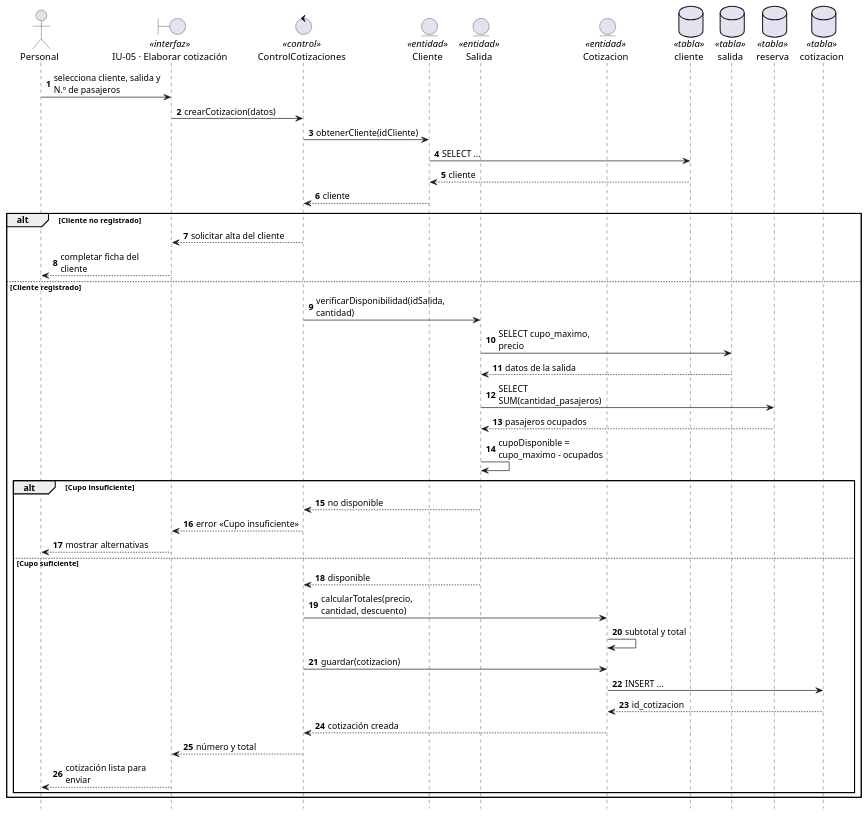
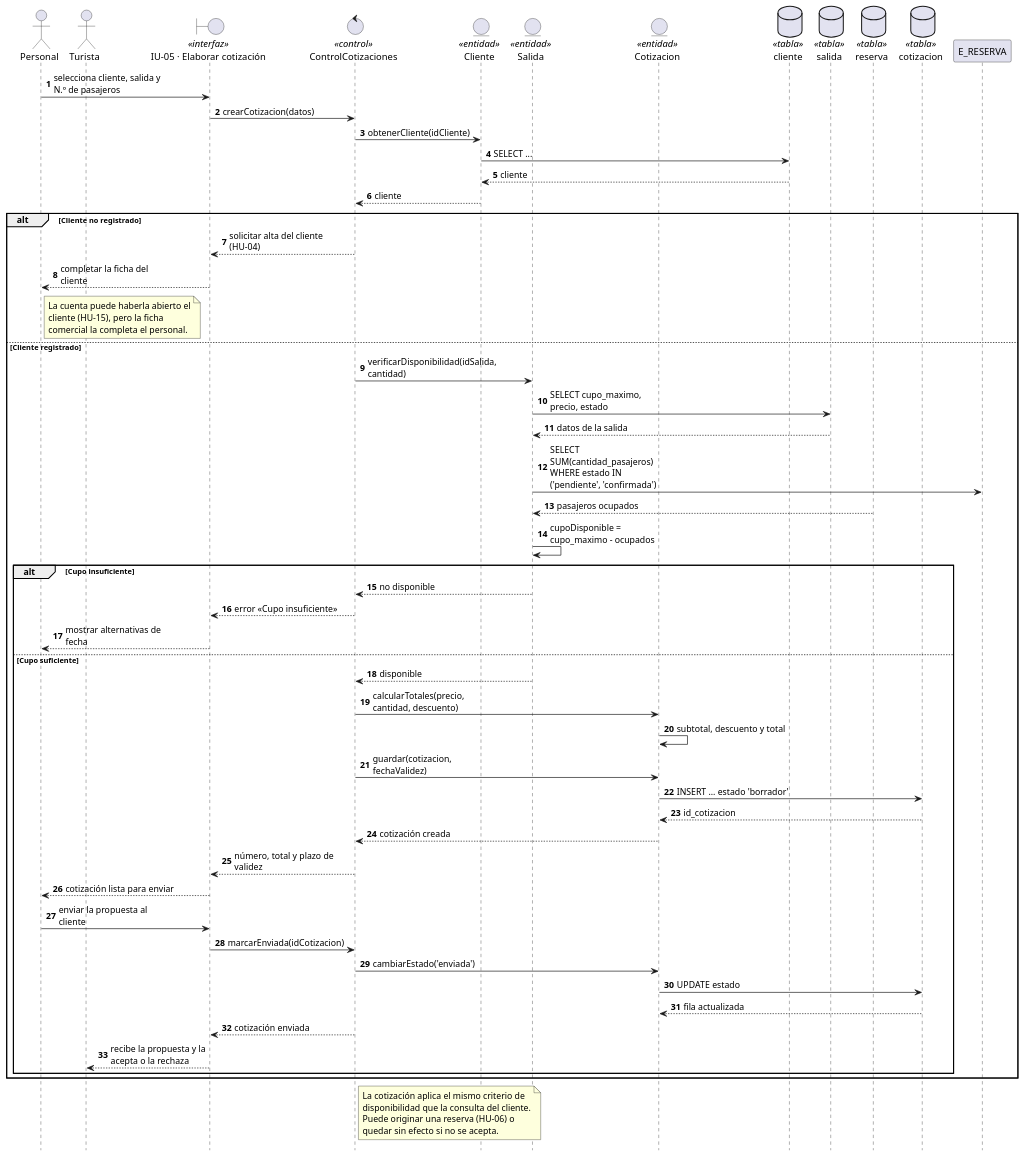
The diagram in diagramas/fuentes/uml/secuencia/hu-05-elaborar-cotizacion.puml (fervflow/sis-inf3-proyecto-formativo), drawn with PlantUML before and after one commit. The commit also changed 32 other files, not shown here.

Commit message:
refactor: diagramas de secuencia, HU orientado a turistas agregado

```diff
--- a/diagramas/fuentes/uml/secuencia/hu-05-elaborar-cotizacion.puml
+++ b/diagramas/fuentes/uml/secuencia/hu-05-elaborar-cotizacion.puml
@@ -1,52 +1,76 @@
 @startuml
 ' HU-05 · Elaboración de cotizaciones
+' La cotización la prepara siempre el personal. Si el cliente necesita una
+' propuesta, esta se emite a su nombre y puede originar la reserva posterior
+' (HU-06).
 hide footbox
 autonumber
-skinparam maxMessageSize 160
+skinparam maxMessageSize 170
 
 actor "Personal" as PER
+actor "Turista" as TUR
 boundary "IU-05 · Elaborar cotización" as UI <<interfaz>>
 control "ControlCotizaciones" as CTRL <<control>>
 entity "Cliente" as E_CLIENTE <<entidad>>
 entity "Salida" as E_SALIDA <<entidad>>
 entity "Cotizacion" as E_COTIZACION <<entidad>>
 database "cliente" as T_CLIENTE <<tabla>>
 database "salida" as T_SALIDA <<tabla>>
 database "reserva" as T_RESERVA <<tabla>>
 database "cotizacion" as T_COTIZACION <<tabla>>
 
 PER -> UI : selecciona cliente, salida y N.º de pasajeros
 UI -> CTRL : crearCotizacion(datos)
 CTRL -> E_CLIENTE : obtenerCliente(idCliente)
 E_CLIENTE -> T_CLIENTE : SELECT ...
 T_CLIENTE --> E_CLIENTE : cliente
 E_CLIENTE --> CTRL : cliente
 
 alt Cliente no registrado
-    CTRL --> UI : solicitar alta del cliente
-    UI --> PER : completar ficha del cliente
+    CTRL --> UI : solicitar alta del cliente (HU-04)
+    UI --> PER : completar la ficha del cliente
+    note right of PER
+        La cuenta puede haberla abierto el
+        cliente (HU-15), pero la ficha
+        comercial la completa el personal.
+    end note
 else Cliente registrado
     CTRL -> E_SALIDA : verificarDisponibilidad(idSalida, cantidad)
-    E_SALIDA -> T_SALIDA : SELECT cupo_maximo, precio
+    E_SALIDA -> T_SALIDA : SELECT cupo_maximo, precio, estado
     T_SALIDA --> E_SALIDA : datos de la salida
-    E_SALIDA -> T_RESERVA : SELECT SUM(cantidad_pasajeros)
+    E_SALIDA -> E_RESERVA : SELECT SUM(cantidad_pasajeros)\nWHERE estado IN ('pendiente', 'confirmada')
     T_RESERVA --> E_SALIDA : pasajeros ocupados
     E_SALIDA -> E_SALIDA : cupoDisponible = cupo_maximo - ocupados
 
     alt Cupo insuficiente
         E_SALIDA --> CTRL : no disponible
         CTRL --> UI : error «Cupo insuficiente»
-        UI --> PER : mostrar alternativas
+        UI --> PER : mostrar alternativas de fecha
     else Cupo suficiente
         E_SALIDA --> CTRL : disponible
         CTRL -> E_COTIZACION : calcularTotales(precio, cantidad, descuento)
-        E_COTIZACION -> E_COTIZACION : subtotal y total
-        CTRL -> E_COTIZACION : guardar(cotizacion)
-        E_COTIZACION -> T_COTIZACION : INSERT ...
+        E_COTIZACION -> E_COTIZACION : subtotal, descuento y total
+        CTRL -> E_COTIZACION : guardar(cotizacion, fechaValidez)
+        E_COTIZACION -> T_COTIZACION : INSERT ... estado 'borrador'
         T_COTIZACION --> E_COTIZACION : id_cotizacion
         E_COTIZACION --> CTRL : cotización creada
-        CTRL --> UI : número y total
+        CTRL --> UI : número, total y plazo de validez
         UI --> PER : cotización lista para enviar
+
+        PER -> UI : enviar la propuesta al cliente
+        UI -> CTRL : marcarEnviada(idCotizacion)
+        CTRL -> E_COTIZACION : cambiarEstado('enviada')
+        E_COTIZACION -> T_COTIZACION : UPDATE estado
+        T_COTIZACION --> E_COTIZACION : fila actualizada
+        CTRL --> UI : cotización enviada
+        UI --> TUR : recibe la propuesta y la acepta o la rechaza
     end
 end
+
+note right of CTRL
+    La cotización aplica el mismo criterio de
+    disponibilidad que la consulta del cliente.
+    Puede originar una reserva (HU-06) o
+    quedar sin efecto si no se acepta.
+end note
 @enduml
```
